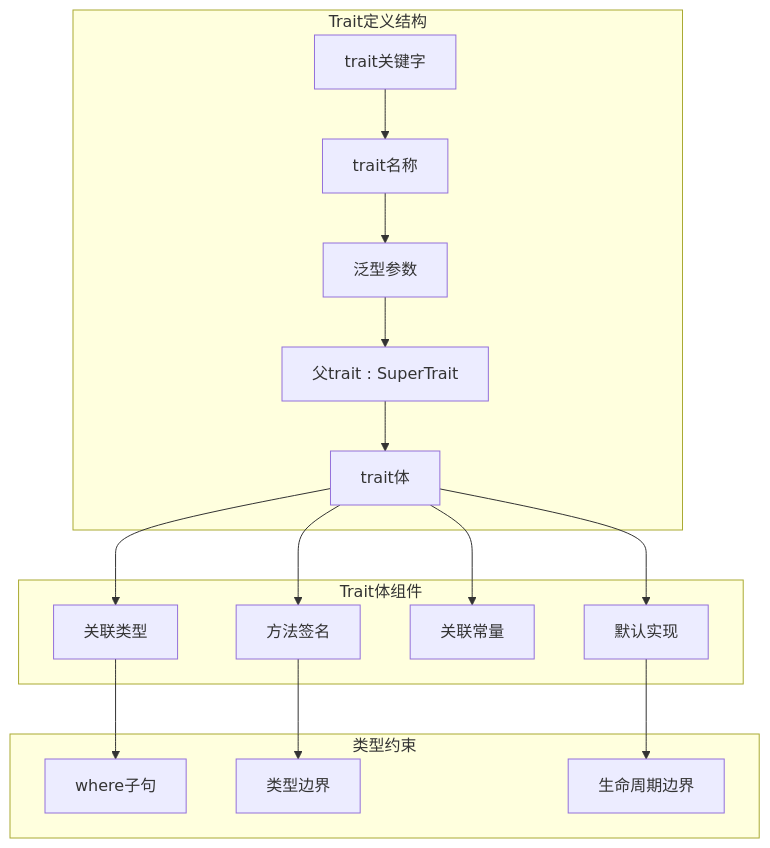
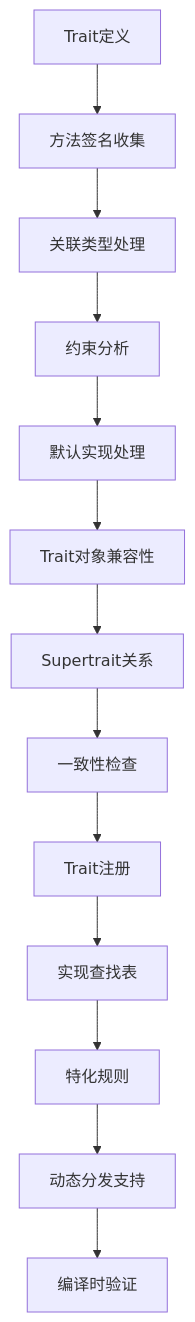
The diagram in formal_rust/refactor/01_core_theory/05_transformation_semantics/03_trait_system_semantics/01_trait_definition_semantics.md (martin-ly/rust-lang), drawn with Mermaid before and after one commit. The commit also changed other lines of this file and 93 other files, not shown here.

````diff
--- a/formal_rust/refactor/01_core_theory/05_transformation_semantics/03_trait_system_semantics/01_trait_definition_semantics.md
+++ b/formal_rust/refactor/01_core_theory/05_transformation_semantics/03_trait_system_semantics/01_trait_definition_semantics.md
@@ -80,37 +43,17 @@
 ```mermaid
-graph TB
-    subgraph "Trait定义结构"
-        TraitKeyword[trait关键字]
-        TraitName[trait名称]
-        Generics[泛型参数 <T>]
-        SuperTraits[父trait : SuperTrait]
-        TraitBody[trait体]
-    end
+graph TD
+    A[Trait定义] --> B[方法签名收集]
+    B --> C[关联类型处理]
+    C --> D[约束分析]
+    D --> E[默认实现处理]
     
-    subgraph "Trait体组件"
-        Methods[方法签名]
-        AssocTypes[关联类型]
-        AssocConsts[关联常量]
-        DefaultImpls[默认实现]
-    end
+    E --> F[Trait对象兼容性]
+    F --> G[Supertrait关系]
+    G --> H[一致性检查]
+    H --> I[Trait注册]
     
-    subgraph "类型约束"
-        WhereClauses[where子句]
-        TypeBounds[类型边界]
-        LifetimeBounds[生命周期边界]
-    end
-    
-    TraitKeyword --> TraitName
-    TraitName --> Generics
-    Generics --> SuperTraits
-    SuperTraits --> TraitBody
-    
-    TraitBody --> Methods
-    TraitBody --> AssocTypes
-    TraitBody --> AssocConsts
-    TraitBody --> DefaultImpls
-    
-    Methods --> TypeBounds
-    AssocTypes --> WhereClauses
-    DefaultImpls --> LifetimeBounds
+    I --> J[实现查找表]
+    J --> K[特化规则]
+    K --> L[动态分发支持]
+    L --> M[编译时验证]
 ```
````
